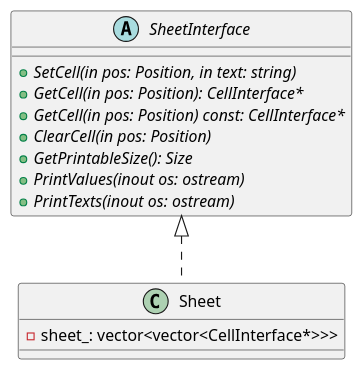
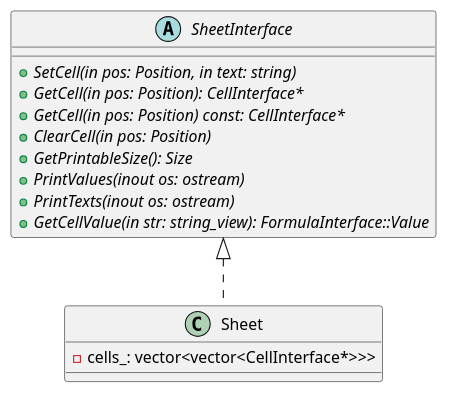
One commit to kazarynau/YandexPraktikumFinal changed the diagram in uml/sheet.puml. Above: the diagram before and after it, drawn with PlantUML. The commit also changed 16 other files, not shown here.

Commit message:
Add GetCellValue() callback

```diff
--- a/uml/sheet.puml
+++ b/uml/sheet.puml
@@ -2,19 +2,20 @@
 @startuml
 
 abstract class SheetInterface {
     +{abstract} SetCell(in pos: Position, in text: string)
     +{abstract} GetCell(in pos: Position): CellInterface*
     +{abstract} GetCell(in pos: Position) const: CellInterface*
     +{abstract} ClearCell(in pos: Position)
     +{abstract} GetPrintableSize(): Size
     +{abstract} PrintValues(inout os: ostream)
     +{abstract} PrintTexts(inout os: ostream)
+    +{abstract} GetCellValue(in str: string_view): FormulaInterface::Value
 }
 
 class Sheet {
-    -sheet_: vector<vector<CellInterface*>>>
+    -cells_: vector<vector<CellInterface*>>>
 }
 
 class Sheet implements SheetInterface
 
 @enduml
```
